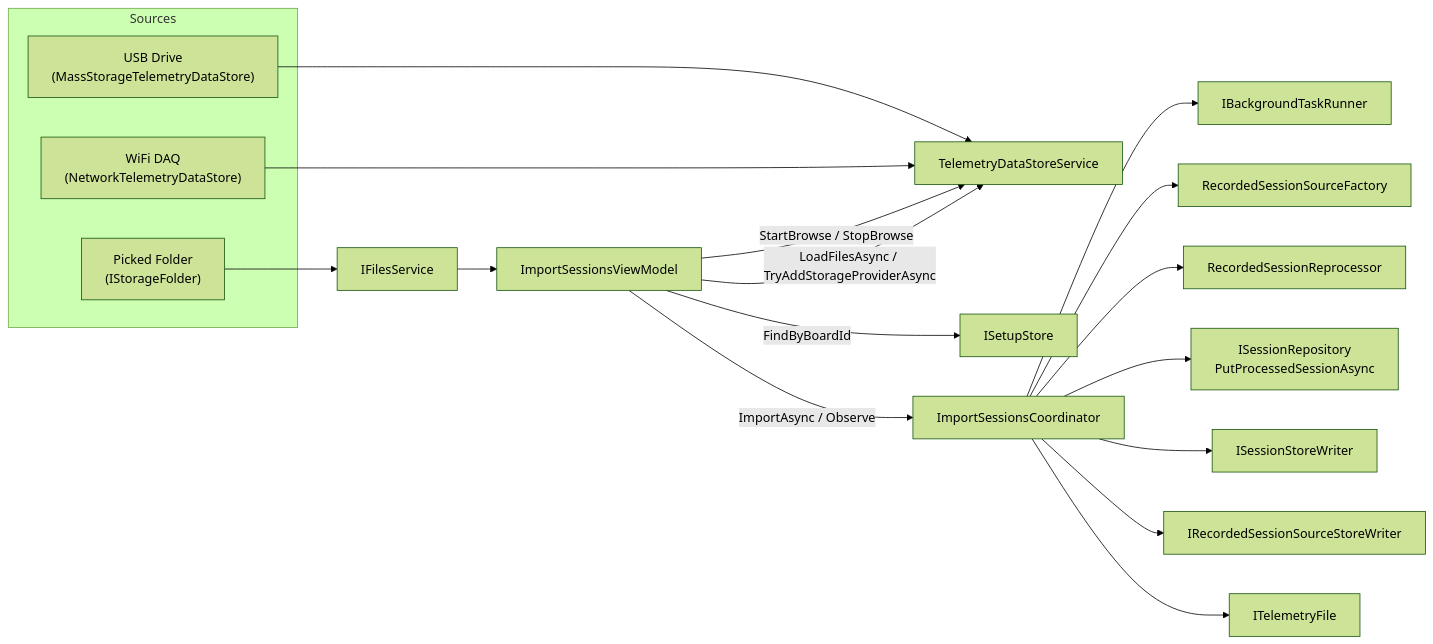
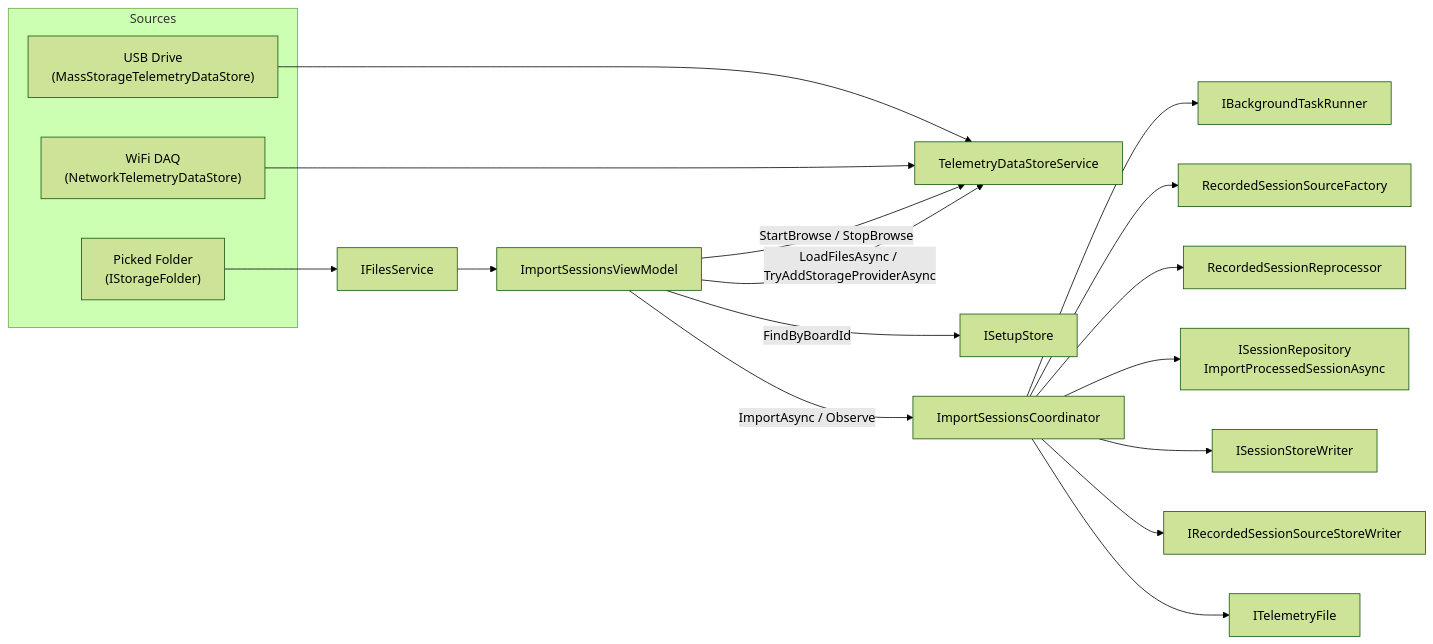
Before and after one commit to MoridinBG/Sufni.app: the first of 2 diagrams in docs/architecture/acquisition.md, drawn with Mermaid (forest theme). The commit also changed other lines of this file and 19 other files, not shown here.

````diff
--- a/docs/architecture/acquisition.md
+++ b/docs/architecture/acquisition.md
@@ -9,24 +9,24 @@
 ```mermaid
 graph LR
     subgraph Sources
         USB["USB Drive<br/>(MassStorageTelemetryDataStore)"]
         WiFi["WiFi DAQ<br/>(NetworkTelemetryDataStore)"]
         Picker["Picked Folder<br/>(IStorageFolder)"]
     end
 
     Picker --> Files["IFilesService"]
     USB --> DSS["TelemetryDataStoreService"]
     WiFi --> DSS
     Files --> Import["ImportSessionsViewModel"]
     Import -->|"StartBrowse / StopBrowse"| DSS
     Import -->|"LoadFilesAsync / TryAddStorageProviderAsync"| DSS
     Import -->|"FindByBoardId"| SetupStore["ISetupStore"]
     Import -->|"ImportAsync / Observe"| Coord["ImportSessionsCoordinator"]
     Coord --> Runner["IBackgroundTaskRunner"]
     Coord --> SourceFactory["RecordedSessionSourceFactory"]
     Coord --> Reprocessor["RecordedSessionReprocessor"]
-    Coord --> Repo["ISessionRepository<br/>PutProcessedSessionAsync"]
+    Coord --> Repo["ISessionRepository<br/>ImportProcessedSessionAsync"]
     Coord --> SessionStore["ISessionStoreWriter"]
     Coord --> SourceStore["IRecordedSessionSourceStoreWriter"]
     Coord --> TelemetryFile["ITelemetryFile"]
 ```
````
